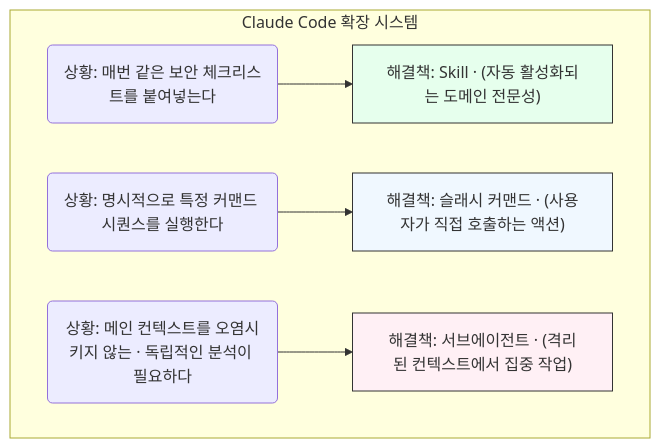
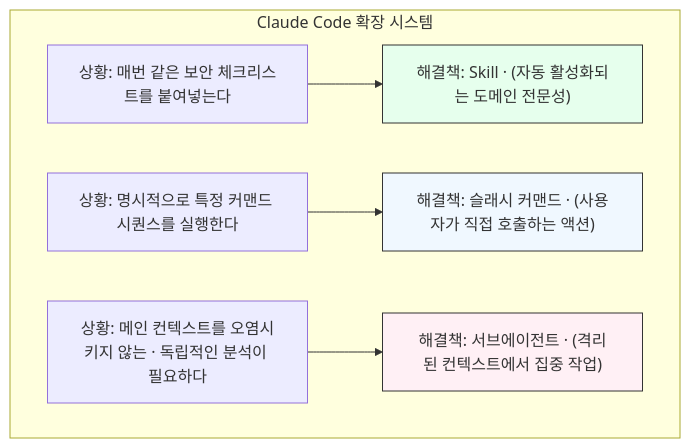
The diagram in content/agents/ai-agent-custom-skill-building.mdx (Mino777/ai-study), drawn with Mermaid before and after one commit. The commit also changed 30 other files, not shown here.

First line of the commit message:
fix: Mermaid 렌더링 에러 42건 수정 + mermaid-fix.mjs 규칙 4개 추가

````diff
--- a/content/agents/ai-agent-custom-skill-building.mdx
+++ b/content/agents/ai-agent-custom-skill-building.mdx
@@ -52,12 +52,12 @@
 ```mermaid
 graph TD
     subgraph "Claude Code 확장 시스템"
-        A("상황: 매번 같은 보안 체크리스트를 붙여넣는다") --> B["해결책: Skill · (자동 활성화되는 도메인 전문성)"];
-        C("상황: 명시적으로 특정 커맨드 시퀀스를 실행한다") --> D["해결책: 슬래시 커맨드 · (사용자가 직접 호출하는 액션)"];
-        E("상황: 메인 컨텍스트를 오염시키지 않는 · 독립적인 분석이 필요하다") --> F["해결책: 서브에이전트 · (격리된 컨텍스트에서 집중 작업)"];
+        A[""상황: 매번 같은 보안 체크리스트를 붙여넣는다""] --> B["해결책: Skill · (자동 활성화되는 도메인 전문성)"];
+        C[""상황: 명시적으로 특정 커맨드 시퀀스를 실행한다""] --> D["해결책: 슬래시 커맨드 · (사용자가 직접 호출하는 액션)"];
+        E[""상황: 메인 컨텍스트를 오염시키지 않는 · 독립적인 분석이 필요하다""] --> F["해결책: 서브에이전트 · (격리된 컨텍스트에서 집중 작업)"];
     end
 
     style B fill:#e6ffed,stroke:#333
     style D fill:#f0f8ff,stroke:#333
     style F fill:#fff0f5,stroke:#333
 ```
````
